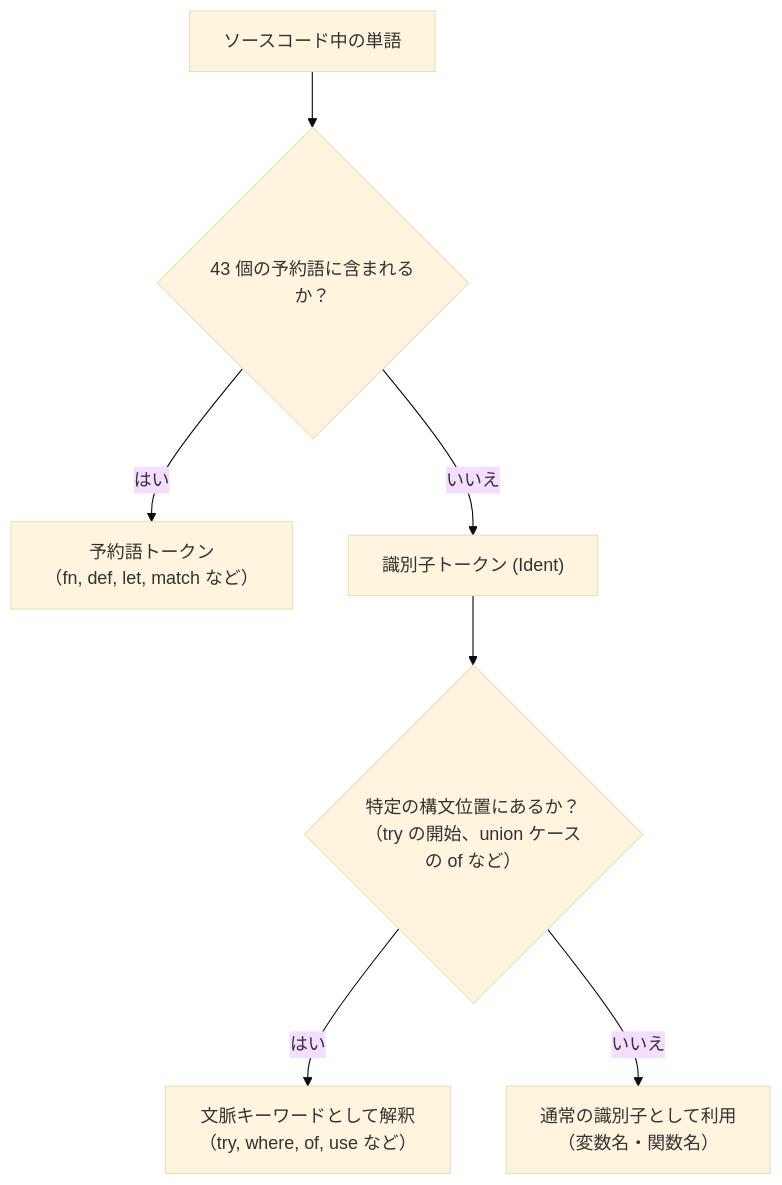
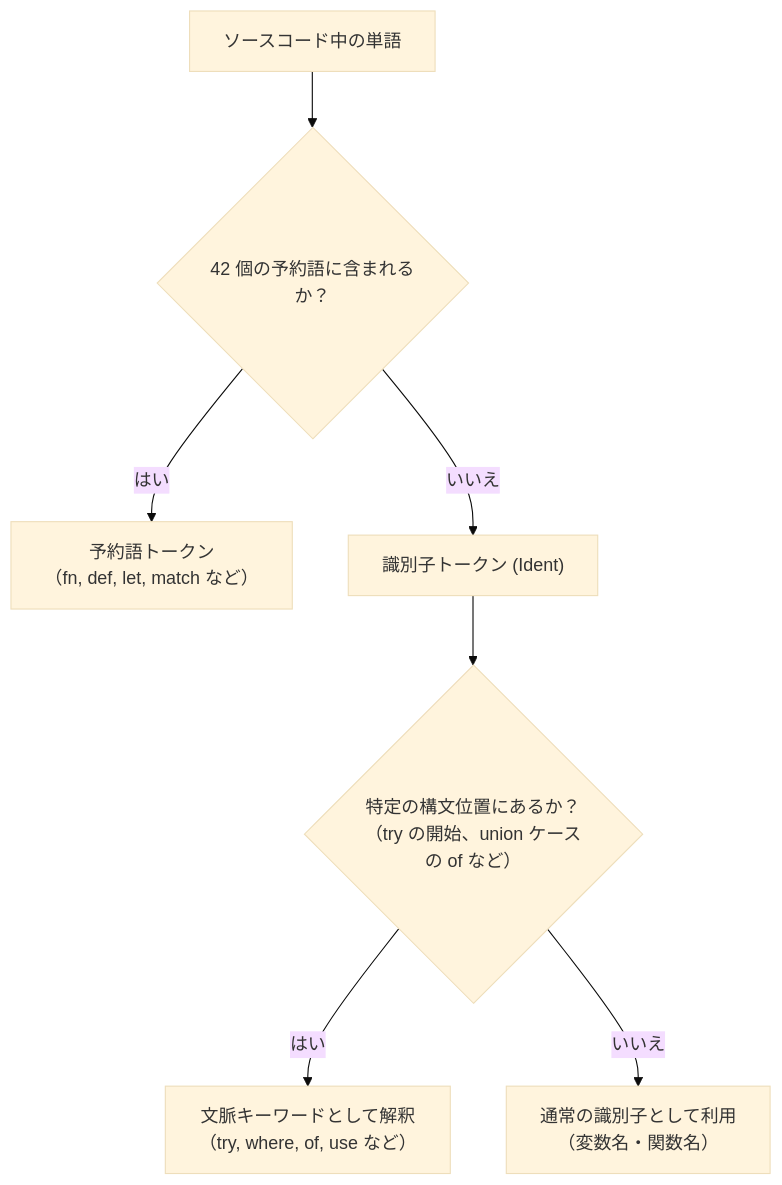
Before and after one commit to tatsuya-midorikawa/Tsuzuri: the diagram in _tsuzuri/language-reference/values-and-functions/keywords.md, drawn with Mermaid (base theme). The commit also changed other lines of this file and 261 other files, not shown here.

````diff
--- a/_tsuzuri/language-reference/values-and-functions/keywords.md
+++ b/_tsuzuri/language-reference/values-and-functions/keywords.md
@@ -45,17 +45,17 @@
 ```mermaid
 flowchart TD
     ident["ソースコード中の単語"]
-    is_res{"43 個の予約語に含まれるか？"}
+    is_res{"42 個の予約語に含まれるか？"}
     res_kw["予約語トークン<br/>（fn, def, let, match など）"]
     ident_token["識別子トークン (Ident)"]
     is_ctx{"特定の構文位置にあるか？<br/>（try の開始、union ケースの of など）"}
     ctx_kw["文脈キーワードとして解釈<br/>（try, where, of, use など）"]
     normal_ident["通常の識別子として利用<br/>（変数名・関数名）"]
 
     ident --> is_res
     is_res -->|はい| res_kw
     is_res -->|いいえ| ident_token
     ident_token --> is_ctx
     is_ctx -->|はい| ctx_kw
     is_ctx -->|いいえ| normal_ident
 ```
````
